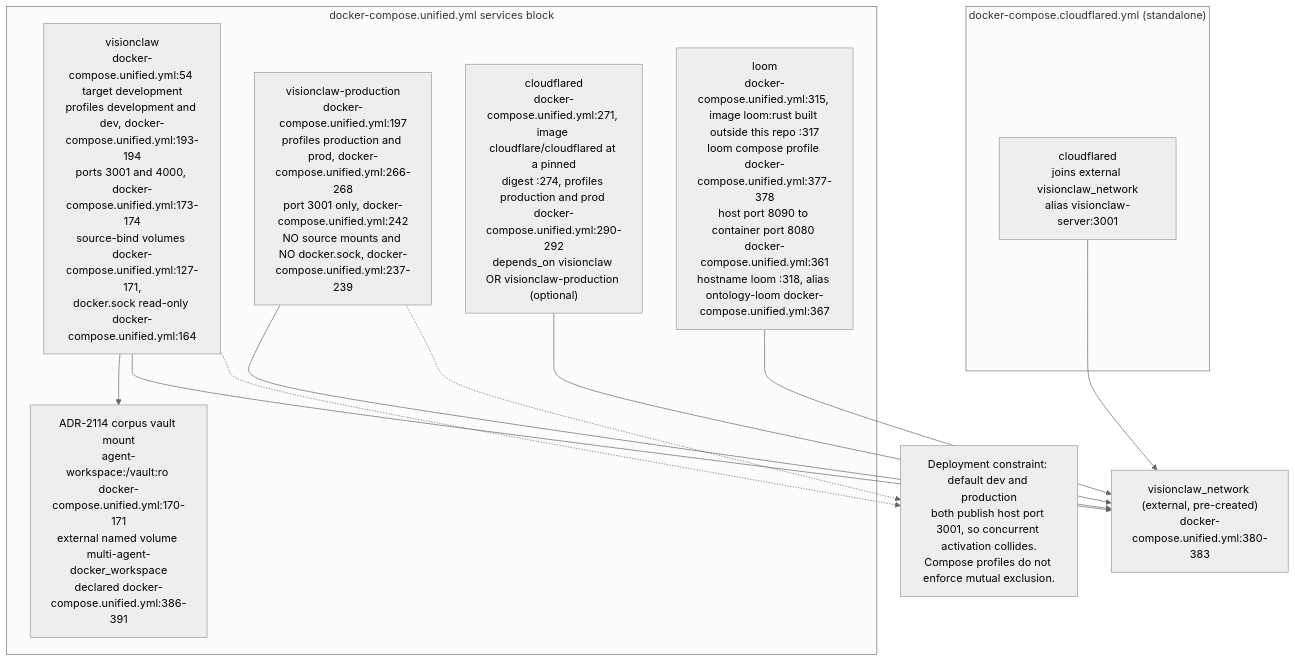
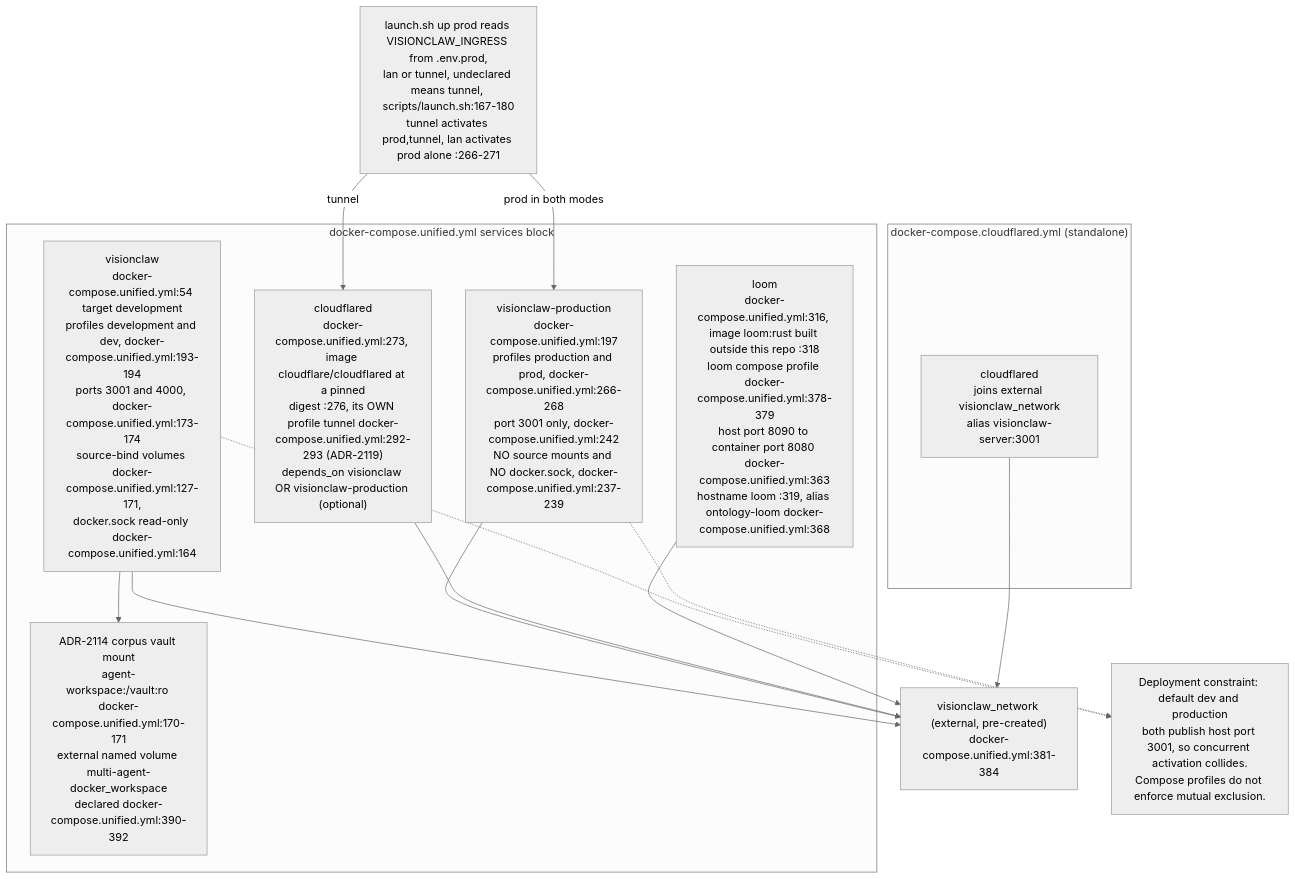
Before and after one commit to DreamLab-AI/VisionFlow: the eighth of 23 diagrams in docs/diagrams/estate/09-build-deploy-and-ci-estate.md, drawn with Mermaid (neutral theme). The commit also changed other lines of this file and 31 other files, not shown here.

````diff
--- a/docs/diagrams/estate/09-build-deploy-and-ci-estate.md
+++ b/docs/diagrams/estate/09-build-deploy-and-ci-estate.md
@@ -282,25 +285,28 @@
 ```mermaid
 flowchart TB
     subgraph PROFILES["docker-compose.unified.yml services block"]
         DEVSVC["visionclaw<br/>docker-compose.unified.yml:54 target development<br/>profiles development and dev, docker-compose.unified.yml:193-194<br/>ports 3001 and 4000, docker-compose.unified.yml:173-174<br/>source-bind volumes docker-compose.unified.yml:127-171,<br/>docker.sock read-only docker-compose.unified.yml:164"]
-        VAULTMOUNT["ADR-2114 corpus vault mount<br/>agent-workspace:/vault:ro docker-compose.unified.yml:170-171<br/>external named volume multi-agent-docker_workspace<br/>declared docker-compose.unified.yml:386-391"]
+        VAULTMOUNT["ADR-2114 corpus vault mount<br/>agent-workspace:/vault:ro docker-compose.unified.yml:170-171<br/>external named volume multi-agent-docker_workspace<br/>declared docker-compose.unified.yml:390-392"]
         PRODSVC["visionclaw-production<br/>docker-compose.unified.yml:197<br/>profiles production and prod, docker-compose.unified.yml:266-268<br/>port 3001 only, docker-compose.unified.yml:242<br/>NO source mounts and NO docker.sock, docker-compose.unified.yml:237-239"]
-        CLOUDFLARED["cloudflared<br/>docker-compose.unified.yml:271, image cloudflare/cloudflared at a pinned<br/>digest :274, profiles production and prod docker-compose.unified.yml:290-292<br/>depends_on visionclaw OR visionclaw-production (optional)"]
-        LOOM["loom<br/>docker-compose.unified.yml:315, image loom:rust built outside this repo :317<br/>loom compose profile docker-compose.unified.yml:377-378<br/>host port 8090 to container port 8080 docker-compose.unified.yml:361<br/>hostname loom :318, alias ontology-loom docker-compose.unified.yml:367"]
+        CLOUDFLARED["cloudflared<br/>docker-compose.unified.yml:273, image cloudflare/cloudflared at a pinned<br/>digest :276, its OWN profile tunnel docker-compose.unified.yml:292-293 (ADR-2119)<br/>depends_on visionclaw OR visionclaw-production (optional)"]
+        LOOM["loom<br/>docker-compose.unified.yml:316, image loom:rust built outside this repo :318<br/>loom compose profile docker-compose.unified.yml:378-379<br/>host port 8090 to container port 8080 docker-compose.unified.yml:363<br/>hostname loom :319, alias ontology-loom docker-compose.unified.yml:368"]
     end
     subgraph EXTFILE["docker-compose.cloudflared.yml (standalone)"]
         CFSTANDALONE["cloudflared<br/>joins external visionclaw_network<br/>alias visionclaw-server:3001"]
     end
-    NET["visionclaw_network (external, pre-created)<br/>docker-compose.unified.yml:380-383"]
+    NET["visionclaw_network (external, pre-created)<br/>docker-compose.unified.yml:381-384"]
+    INGRESS["launch.sh up prod reads VISIONCLAW_INGRESS from .env.prod,<br/>lan or tunnel, undeclared means tunnel, scripts/launch.sh:167-180<br/>tunnel activates prod,tunnel, lan activates prod alone :266-271"]
+    INGRESS -->|"tunnel"| CLOUDFLARED
+    INGRESS -->|"prod in both modes"| PRODSVC
 
     DEVSVC --> VAULTMOUNT
     DEVSVC --> NET
     PRODSVC --> NET
     CLOUDFLARED --> NET
     LOOM --> NET
     CFSTANDALONE --> NET
 
     GATE["Deployment constraint: default dev and production<br/>both publish host port 3001, so concurrent activation collides.<br/>Compose profiles do not enforce mutual exclusion."]
     DEVSVC -.-> GATE
     PRODSVC -.-> GATE
 ```
````
